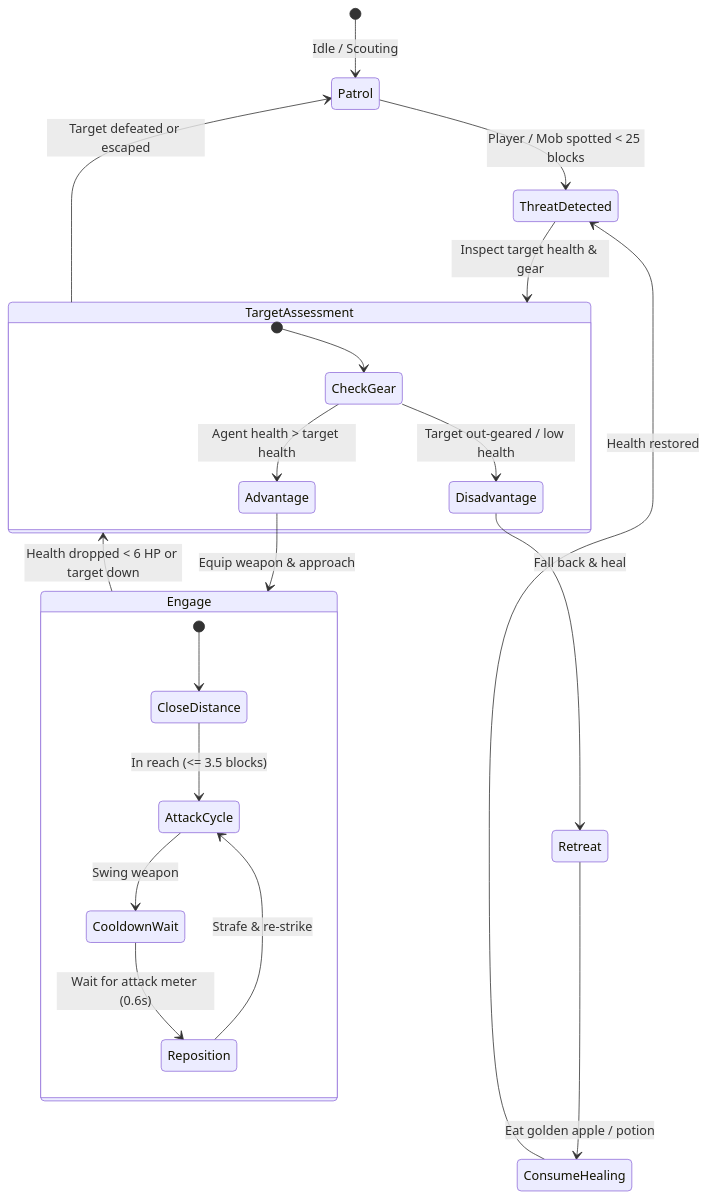
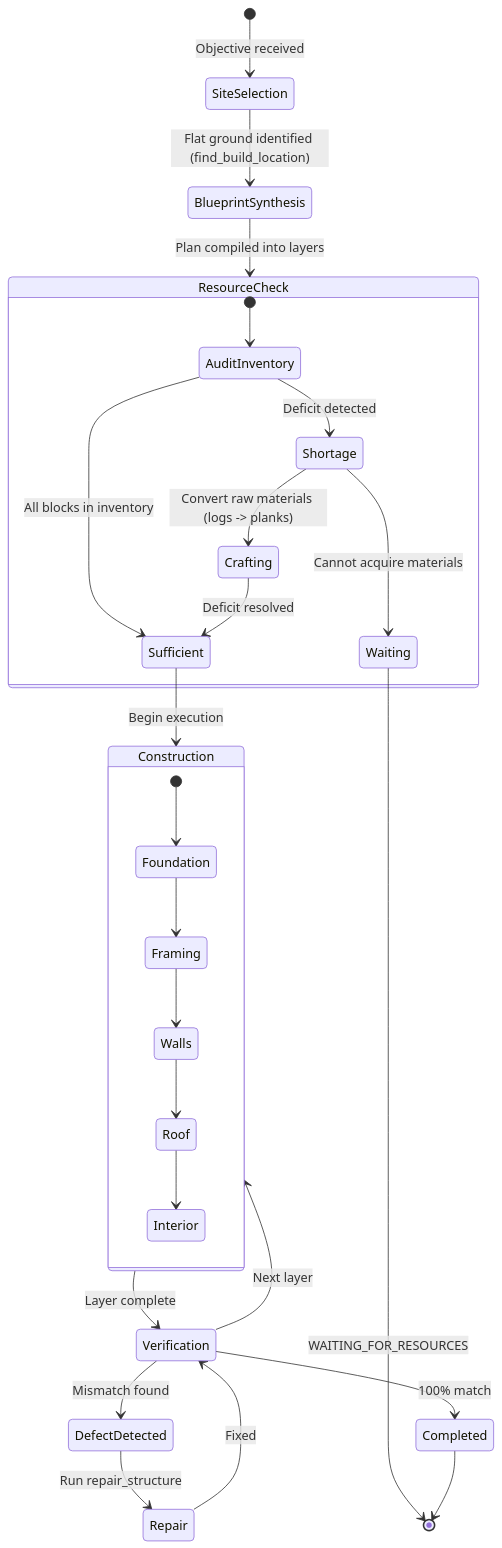
One commit to atomotos/Minecraft_mcp changed the second of 2 diagrams in docs/agents.md. Above: the diagram before and after it, drawn with Mermaid. The commit also changed other lines of this file and 41 other files, not shown here.

Commit message:
feat: complete Phase 3 Spatial Intelligence, Architecture & Autonomous Construction

````diff
--- a/docs/agents.md
+++ b/docs/agents.md
@@ -104,28 +104,34 @@
 ```mermaid
 stateDiagram-v2
-    [*] --> Patrol : Idle / Scouting
-    Patrol --> ThreatDetected : Player / Mob spotted < 25 blocks
-    ThreatDetected --> TargetAssessment : Inspect target health & gear
+    [*] --> SiteSelection : Objective received
+    SiteSelection --> BlueprintSynthesis : Flat ground identified (find_build_location)
+    BlueprintSynthesis --> ResourceCheck : Plan compiled into layers
 
-    state TargetAssessment {
-        [*] --> CheckGear
-        CheckGear --> Advantage : Agent health > target health
-        CheckGear --> Disadvantage : Target out-geared / low health
+    state ResourceCheck {
+        [*] --> AuditInventory
+        AuditInventory --> Sufficient : All blocks in inventory
+        AuditInventory --> Shortage : Deficit detected
+        Shortage --> Crafting : Convert raw materials (logs -> planks)
+        Crafting --> Sufficient : Deficit resolved
+        Shortage --> Waiting : Cannot acquire materials
     }
 
-    Advantage --> Engage : Equip weapon & approach
-    Disadvantage --> Retreat : Fall back & heal
+    Sufficient --> Construction : Begin execution
+    Waiting --> [*] : WAITING_FOR_RESOURCES
 
-    state Engage {
-        [*] --> CloseDistance
-        CloseDistance --> AttackCycle : In reach (<= 3.5 blocks)
-        AttackCycle --> CooldownWait : Swing weapon
-        CooldownWait --> Reposition : Wait for attack meter (0.6s)
-        Reposition --> AttackCycle : Strafe & re-strike
+    state Construction {
+        [*] --> Foundation
+        Foundation --> Framing
+        Framing --> Walls
+        Walls --> Roof
+        Roof --> Interior
     }
 
-    Engage --> TargetAssessment : Health dropped < 6 HP or target down
-    Retreat --> ConsumeHealing : Eat golden apple / potion
-    ConsumeHealing --> ThreatDetected : Health restored
-    TargetAssessment --> Patrol : Target defeated or escaped
+    Construction --> Verification : Layer complete
+    Verification --> Construction : Next layer
+    Verification --> DefectDetected : Mismatch found
+    DefectDetected --> Repair : Run repair_structure
+    Repair --> Verification : Fixed
+    Verification --> Completed : 100% match
+    Completed --> [*]
 ```
````
